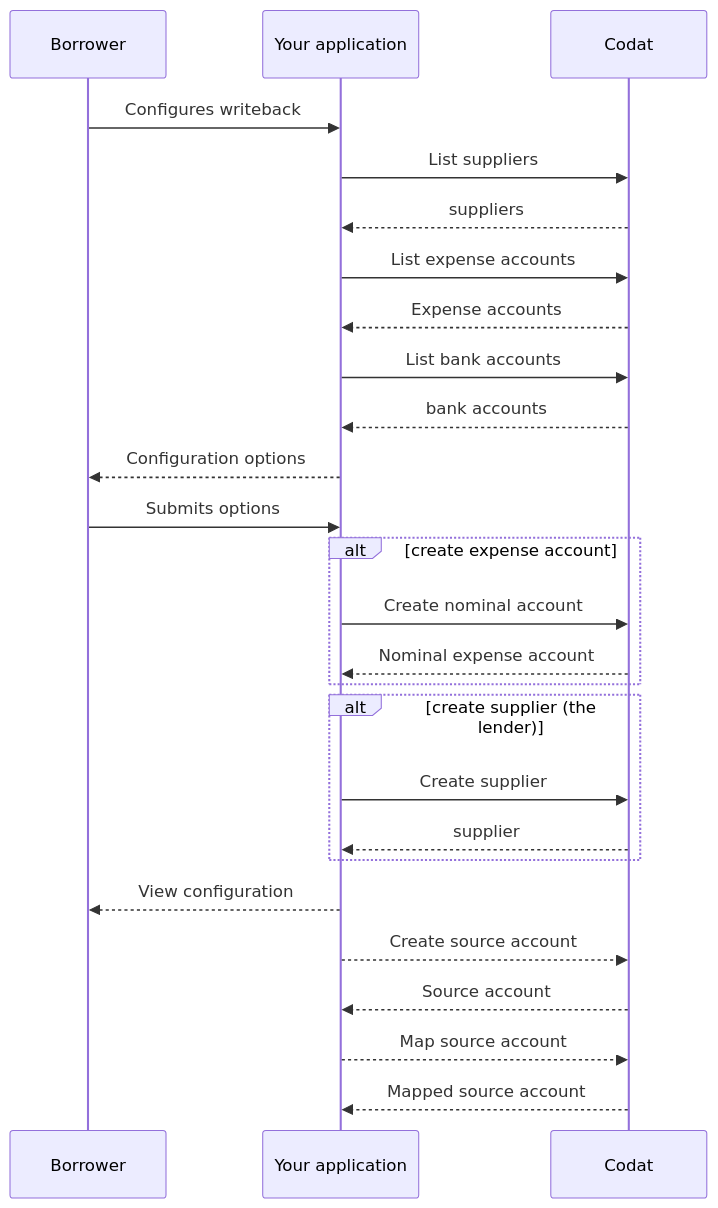
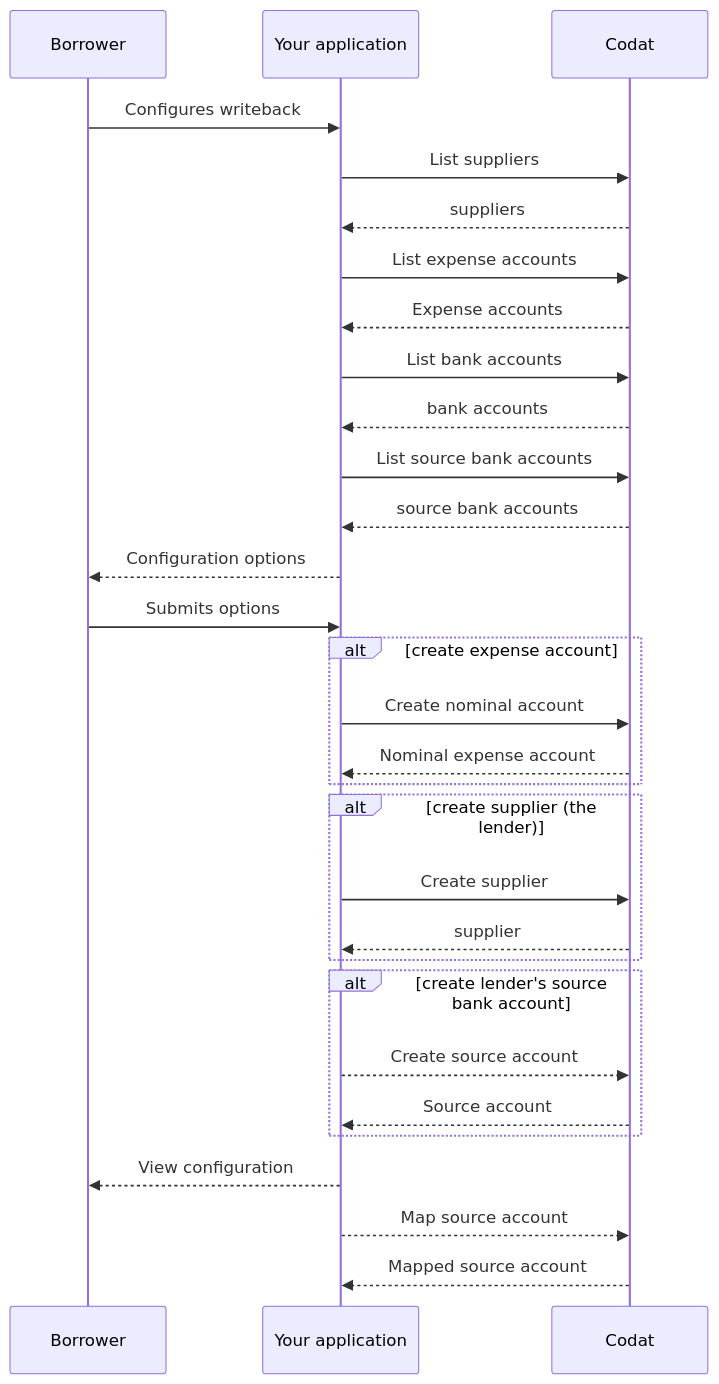
The diagram in docs/lending/guides/loan-writeback/configure.md (codatio/codat-docs), drawn with Mermaid before and after one commit. The commit also changed other lines of this file and 1 other file, not shown here.

Commit message:
Loan writeback fix

````diff
--- a/docs/lending/guides/loan-writeback/configure.md
+++ b/docs/lending/guides/loan-writeback/configure.md
@@ -32,39 +32,44 @@
 ```mermaid
 sequenceDiagram
     participant frontend as Borrower
     participant backend as Your application 
     participant codat as Codat
     
     frontend ->> backend: Configures writeback
 
     backend ->> codat: List suppliers
     codat -->> backend: suppliers
 
     backend ->> codat: List expense accounts
     codat -->> backend: Expense accounts
         
     backend ->> codat: List bank accounts
     codat -->> backend: bank accounts
+
+    backend ->> codat: List source bank accounts
+    codat -->> backend: source bank accounts
     
     backend -->> frontend: Configuration options
     
     frontend ->> backend: Submits options
     
     alt create expense account
         backend ->> codat: Create nominal account
         codat -->> backend: Nominal expense account
     end
     
     alt create supplier (the lender)
         backend ->> codat: Create supplier
         codat -->> backend: supplier
     end
 
+    alt create lender's source bank account
+        backend -->> codat: Create source account
+        codat -->> backend: Source account
+    end    
+
     backend -->> frontend: View configuration
-
-    backend -->> codat: Create source account
-    codat -->> backend: Source account
 
     backend -->> codat: Map source account
     codat -->> backend: Mapped source account
 ```
````
